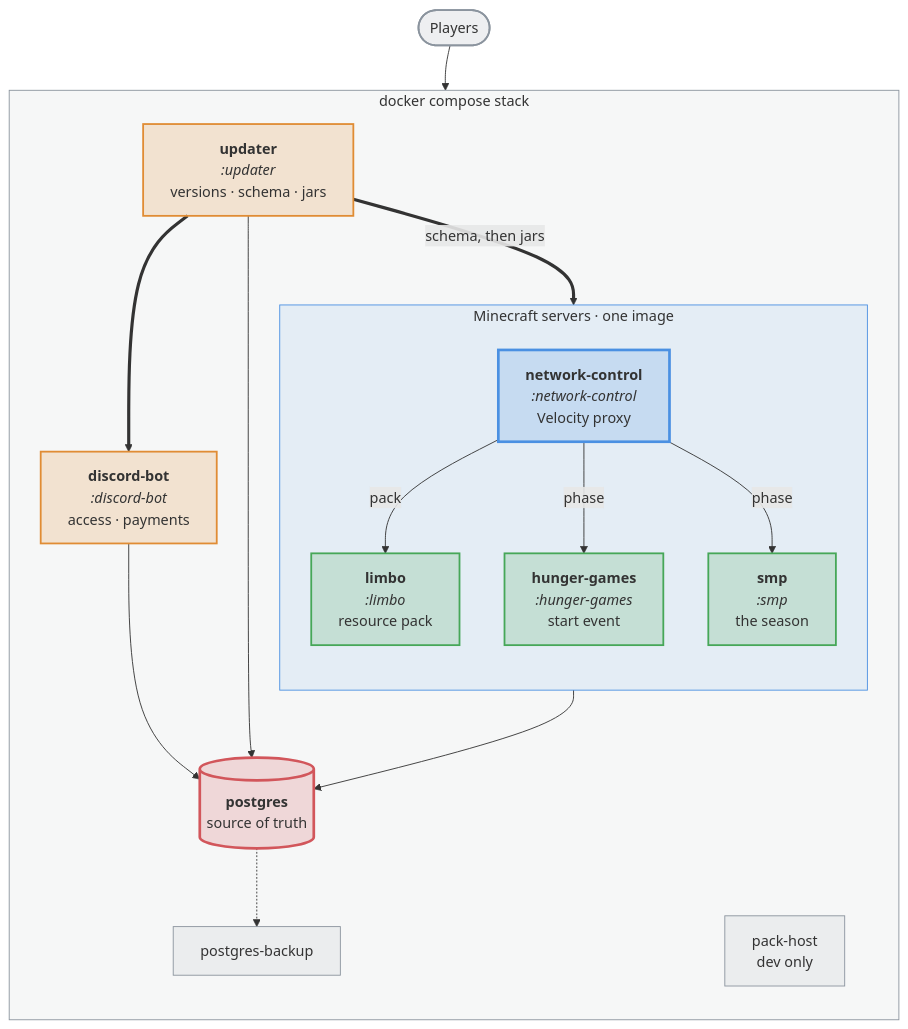
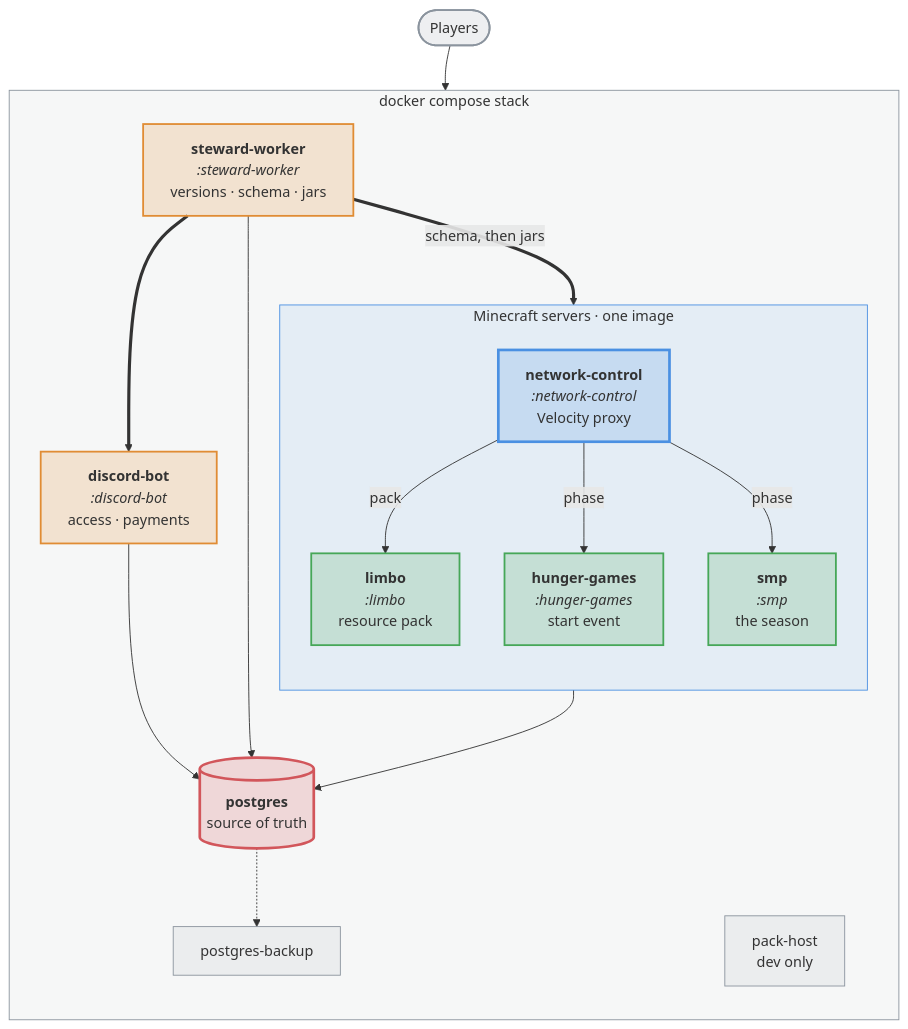
One commit to nordtal/season-2 changed the diagram in README.md. Above: the diagram before and after it, drawn with Mermaid. The commit also changed other lines of this file and 241 other files, not shown here.

First line of the commit message:
refactor: updater is steward-worker, and Steward is the name of the whole

````diff
--- a/README.md
+++ b/README.md
@@ -12,41 +15,41 @@
 ```mermaid
 %%{init: {'themeVariables': {'fontSize': '16px'}}}%%
 flowchart TB
     players(["Players"]):::ext --> NC
 
     subgraph stack["docker compose stack"]
         direction TB
-        UPD["<b>updater</b><br/><i>:updater</i><br/>versions · schema · jars"]:::app
+        UPD["<b>steward-worker</b><br/><i>:steward-worker</i><br/>versions · schema · jars"]:::app
         subgraph servers["Minecraft servers · one image"]
             direction TB
             NC["<b>network-control</b><br/><i>:network-control</i><br/>Velocity proxy"]:::proxy
             LIMBO["<b>limbo</b><br/><i>:limbo</i><br/>resource pack"]:::paper
             HG["<b>hunger-games</b><br/><i>:hunger-games</i><br/>start event"]:::paper
             SMP["<b>smp</b><br/><i>:smp</i><br/>the season"]:::paper
         end
         BOT["<b>discord-bot</b><br/><i>:discord-bot</i><br/>access · payments"]:::app
         PG[("<b>postgres</b><br/>source of truth")]:::db
         BACKUP["postgres-backup"]:::side
         PACKHOST["pack-host<br/>dev only"]:::side
     end
 
     players ~~~ UPD
     UPD ==>|"schema, then jars"| servers
     UPD ==> BOT
     NC -->|"pack"| LIMBO
     NC -->|"phase"| HG
     NC -->|"phase"| SMP
     servers --> PG
     BOT --> PG
     UPD --> PG
     PG -.-> BACKUP
 
     classDef ext fill:#8b949e26,stroke:#8b949e,stroke-width:2px
     classDef proxy fill:#4a90e233,stroke:#4a90e2,stroke-width:3px
     classDef paper fill:#46a75833,stroke:#46a758,stroke-width:2px
     classDef app fill:#e08c3433,stroke:#e08c34,stroke-width:2px
     classDef db fill:#d2565b33,stroke:#d2565b,stroke-width:3px
     classDef side fill:#8b949e1a,stroke:#8b949e,stroke-width:1px
     style stack fill:#8b949e14,stroke:#8b949e,stroke-width:1px
     style servers fill:#4a90e21a,stroke:#4a90e2,stroke-width:1px
 ```
````
